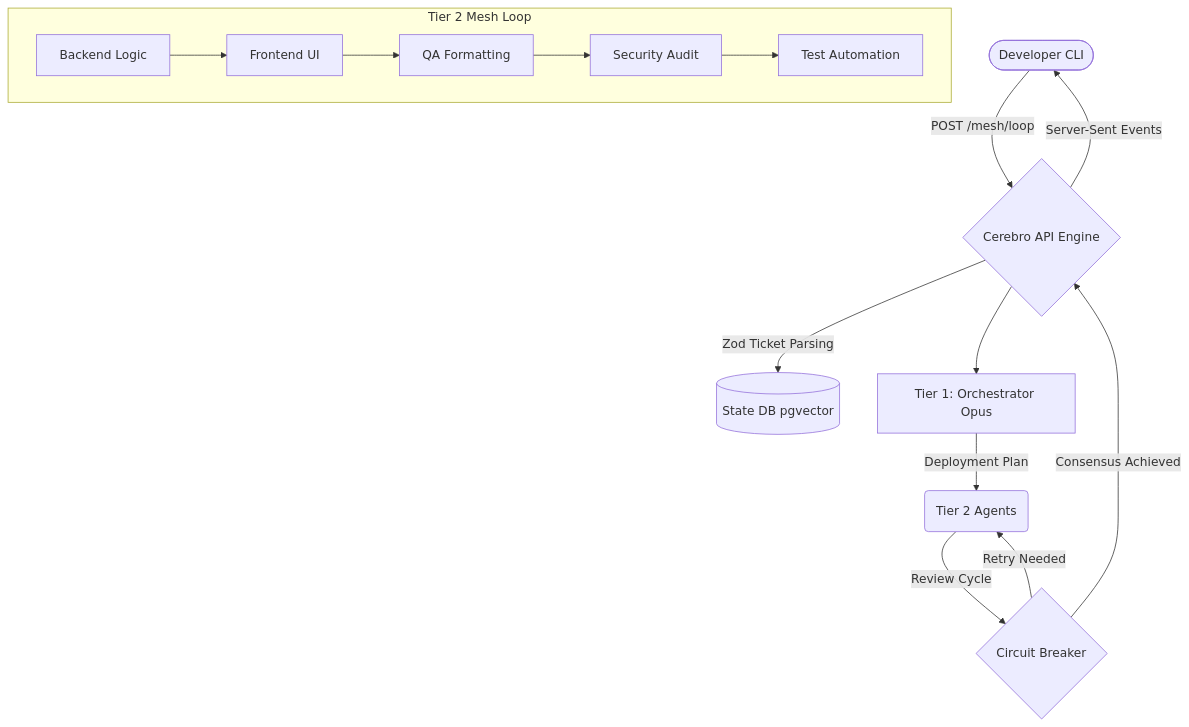
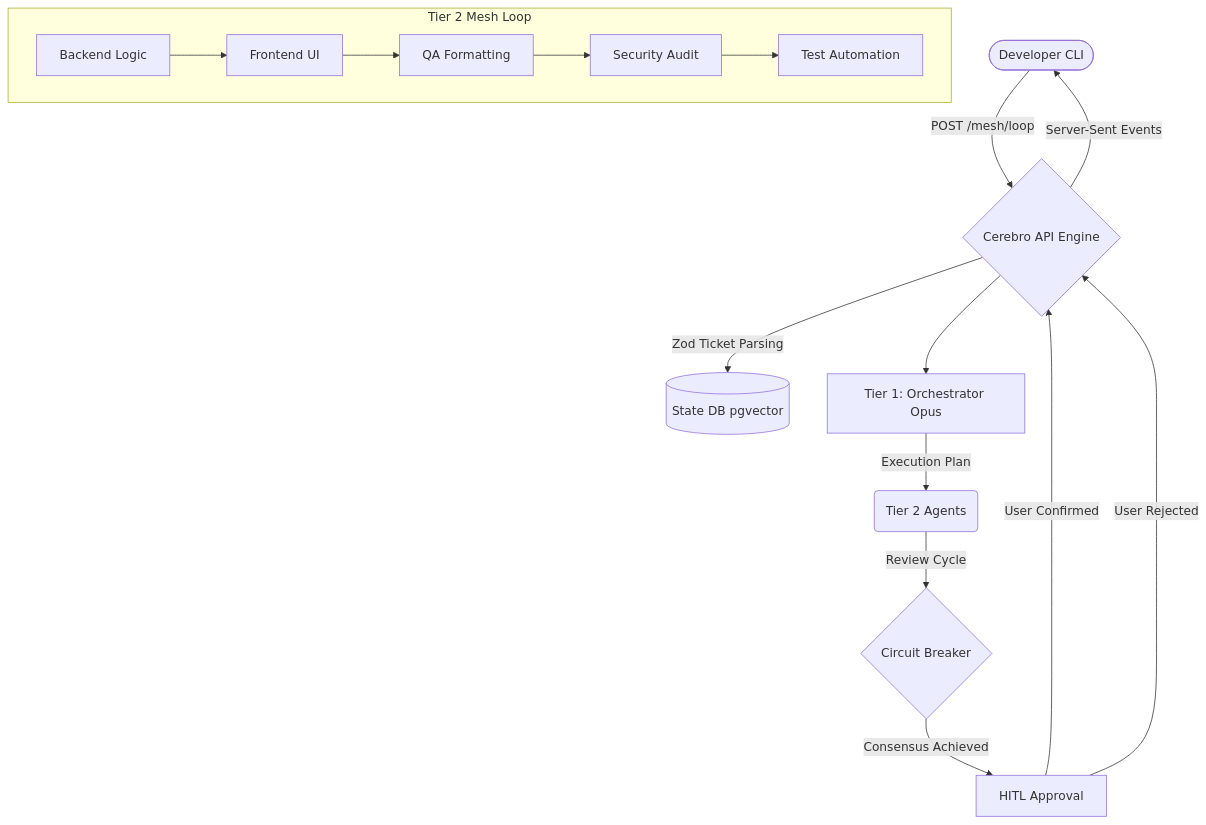
Before and after one commit to shinsekai/cerebro: the diagram in README.md, drawn with Mermaid. The commit also changed other lines of this file and 3 other files, not shown here.

````diff
--- a/README.md
+++ b/README.md
@@ -22,19 +22,20 @@
 ```mermaid
 graph TD
     User([Developer CLI]) -->|POST /mesh/loop| Engine{Cerebro API Engine}
     Engine -->|Zod Ticket Parsing| Core[(State DB pgvector)]
     Engine --> Orchestrator[Tier 1: Orchestrator Opus]
-    Orchestrator -->|Deployment Plan| Mesh(Tier 2 Agents)
-    
+    Orchestrator -->|Execution Plan| Mesh(Tier 2 Agents)
+
     subgraph "Tier 2 Mesh Loop"
         Backend[Backend Logic] --> Frontend[Frontend UI]
         Frontend --> Quality[QA Formatting]
         Quality --> Security[Security Audit]
         Security --> Tester[Test Automation]
     end
-    
+
     Mesh -->|Review Cycle| CircuitBreaker{Circuit Breaker}
-    CircuitBreaker -->|Consensus Achieved| Engine
-    CircuitBreaker -->|Retry Needed| Mesh
+    CircuitBreaker -->|Consensus Achieved| Approval[HITL Approval]
+    Approval -->|User Confirmed| Engine
+    Approval -->|User Rejected| Engine
     Engine -->|Server-Sent Events| User
 ```
````
